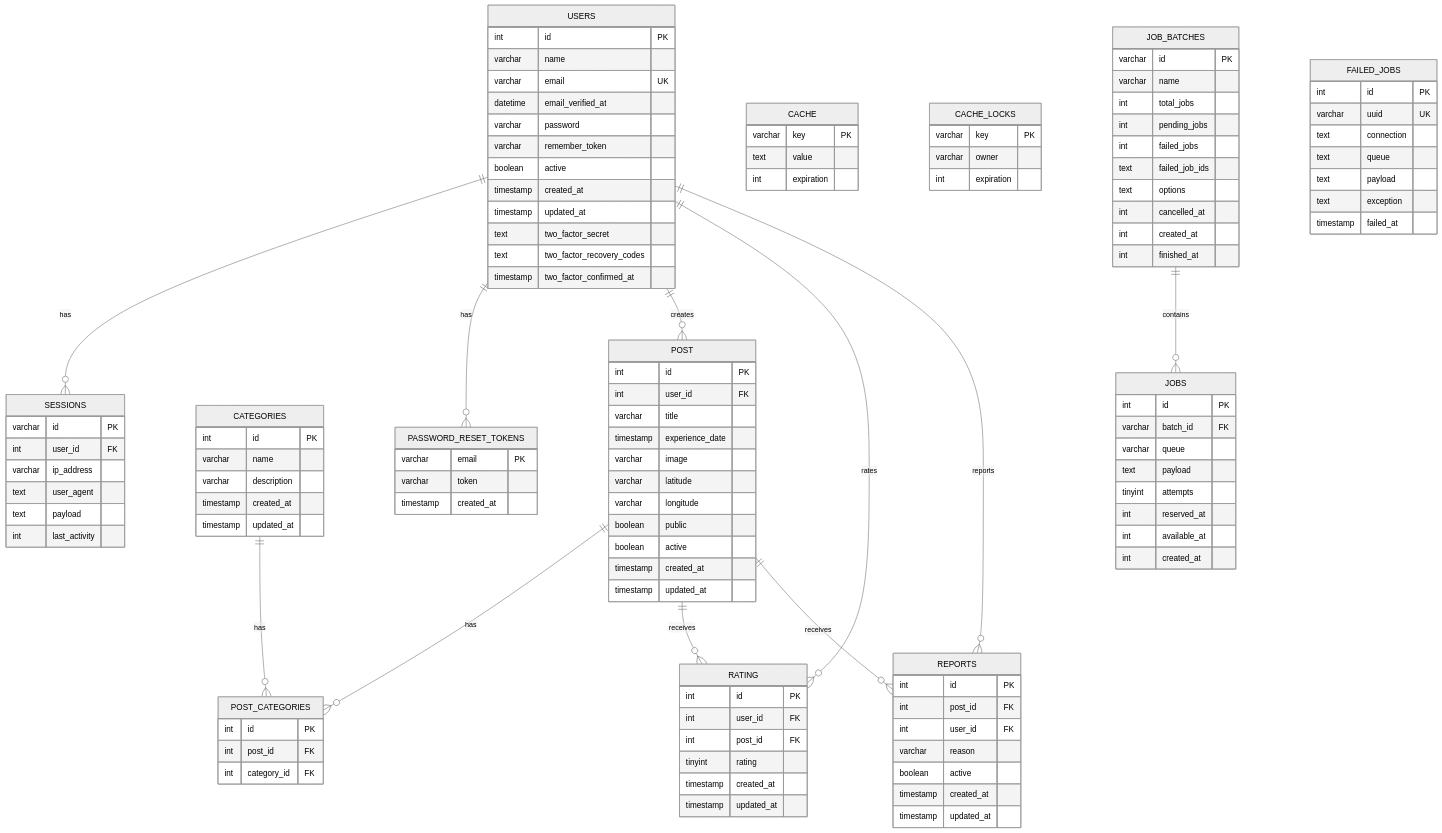
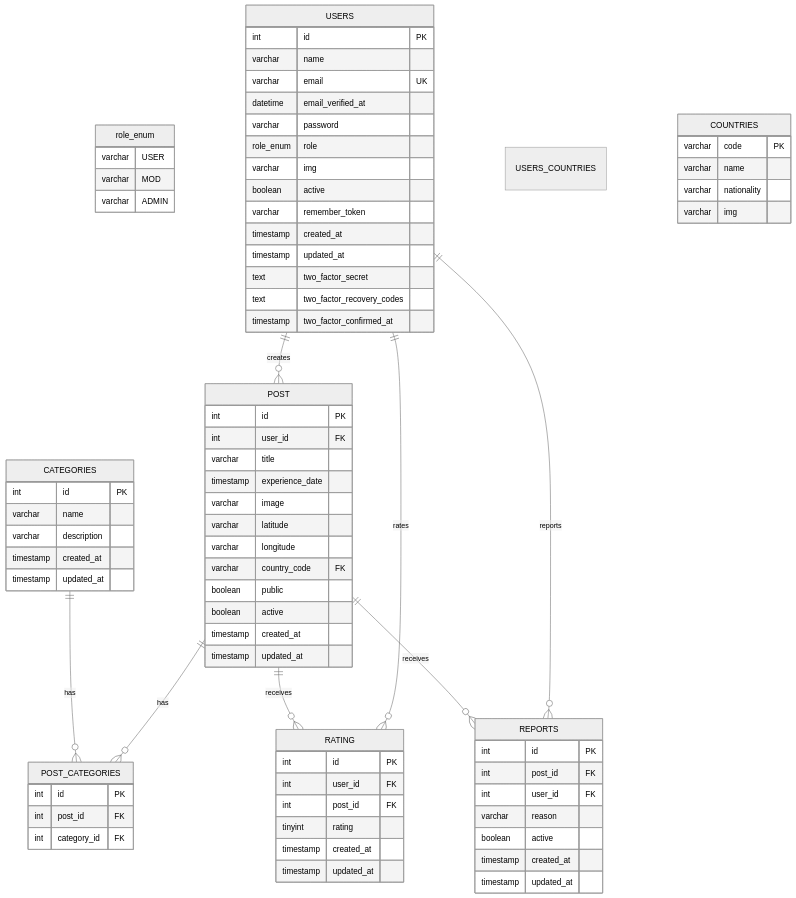
Before and after one commit to ErJaLo/PathFinder: the first of 2 diagrams in obsidian/viatges/Pathfinder BD.md, drawn with Mermaid (neutral theme). The commit also changed 1 other file, not shown here.

Commit message:
update obsidian

````diff
--- a/obsidian/viatges/Pathfinder BD.md
+++ b/obsidian/viatges/Pathfinder BD.md
@@ -6,20 +6,35 @@
 ```mermaid
 erDiagram
+
+	role_enum {
+		varchar USER
+		varchar MOD
+		varchar ADMIN
+	}
     USERS {
         int id PK
         varchar name
         varchar email UK
         datetime email_verified_at
         varchar password
+		role_enum role
+		varchar img
+        boolean active
         varchar remember_token
-        boolean active
         timestamp created_at
         timestamp updated_at
         text two_factor_secret
         text two_factor_recovery_codes
         timestamp two_factor_confirmed_at
     }
-
+    USERS_COUNTRIES{
+    }
+	COUNTRIES{
+		varchar code PK
+		varchar name
+		varchar nationality
+		varchar img
+	}
     POST {
         int id PK
         int user_id FK
@@ -28,6 +43,7 @@
         varchar image
         varchar latitude
         varchar longitude
+		varchar country_code FK
         boolean public
         boolean active
         timestamp created_at
@@ -68,69 +84,7 @@
         timestamp updated_at
     }
 
-    PASSWORD_RESET_TOKENS {
-        varchar email PK
-        varchar token
-        timestamp created_at
-    }
 
-    SESSIONS {
-        varchar id PK
-        int user_id FK
-        varchar ip_address
-        text user_agent
-        text payload
-        int last_activity
-    }
-
-    CACHE {
-        varchar key PK
-        text value
-        int expiration
-    }
-
-    CACHE_LOCKS {
-        varchar key PK
-        varchar owner
-        int expiration
-    }
-
-    JOBS {
-        int id PK
-        varchar batch_id FK
-        varchar queue
-        text payload
-        tinyint attempts
-        int reserved_at
-        int available_at
-        int created_at
-    }
-
-    JOB_BATCHES {
-        varchar id PK
-        varchar name
-        int total_jobs
-        int pending_jobs
-        int failed_jobs
-        text failed_job_ids
-        text options
-        int cancelled_at
-        int created_at
-        int finished_at
-    }
-
-    FAILED_JOBS {
-        int id PK
-        varchar uuid UK
-        text connection
-        text queue
-        text payload
-        text exception
-        timestamp failed_at
-    }
-
-    USERS ||--o{ SESSIONS : "has"
-    USERS ||--o{ PASSWORD_RESET_TOKENS : "has"
     USERS ||--o{ POST : "creates"
     USERS ||--o{ RATING : "rates"
     USERS ||--o{ REPORTS : "reports"
@@ -140,6 +94,5 @@
     POST ||--o{ REPORTS : "receives"
 
     CATEGORIES ||--o{ POST_CATEGORIES : "has"
-
-    JOB_BATCHES ||--o{ JOBS : "contains"
+   
 ```
````
